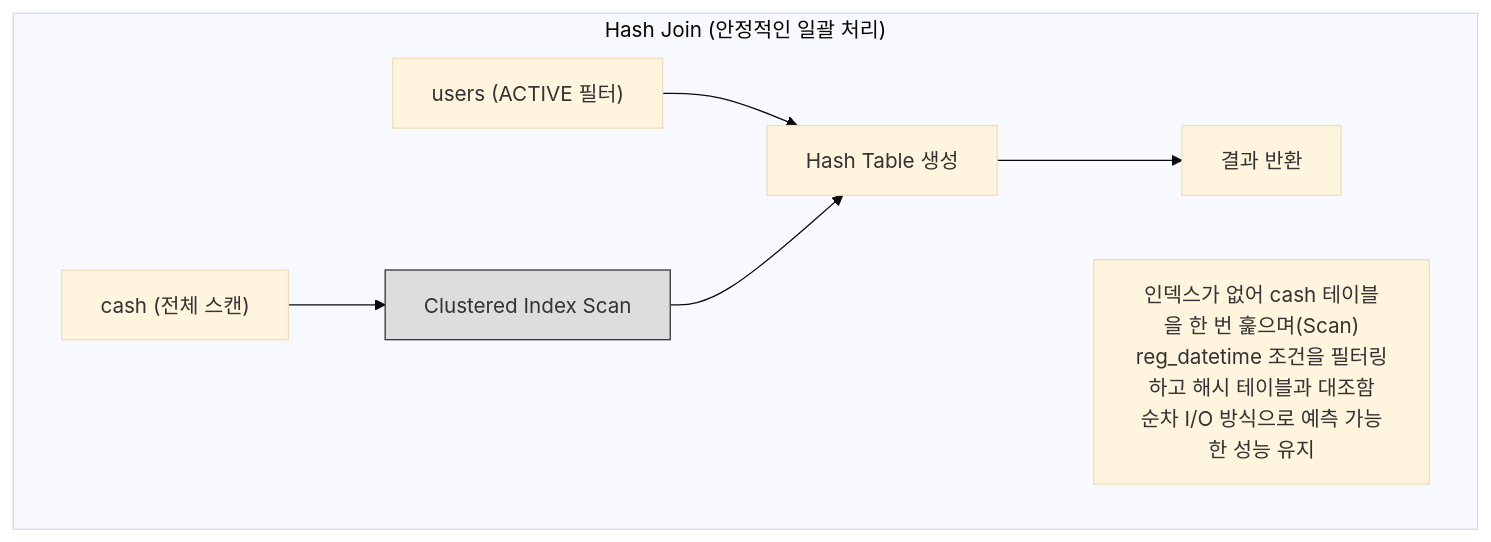
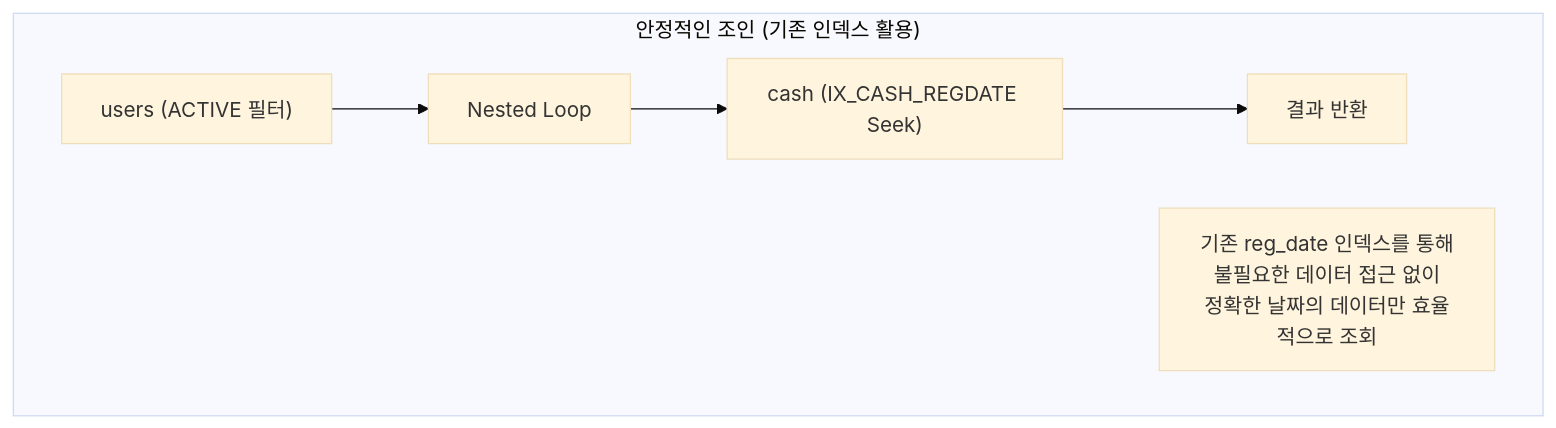
One commit to muzzaiwork/candidate changed the first of 3 diagrams in troubleshooting/payletter_index_optimization.md. Above: the diagram before and after it, drawn with Mermaid (base theme). The commit also changed other lines of this file, not shown here.

Commit message:
Clarify index contention and execution plan reversal between reg_date and reg_datetime indexes

````diff
--- a/troubleshooting/payletter_index_optimization.md
+++ b/troubleshooting/payletter_index_optimization.md
@@ -52,13 +56,10 @@
 ```mermaid
 graph TD
-    subgraph "Hash Join (안정적인 일괄 처리)"
-        U["users (ACTIVE 필터)"] --> H["Hash Table 생성"]
-        C["cash (전체 스캔)"] --> S["Clustered Index Scan"]
-        S --> H
-        H --> R["결과 반환"]
+    subgraph "안정적인 조인 (기존 인덱스 활용)"
+        U["users (ACTIVE 필터)"] --> NL["Nested Loop"]
+        NL --> C["cash (IX_CASH_REGDATE Seek)"]
+        C --> R["결과 반환"]
         
-        note1["인덱스가 없어 cash 테이블을 한 번 훑으며(Scan)<br/>reg_datetime 조건을 필터링하고 해시 테이블과 대조함<br/>순차 I/O 방식으로 예측 가능한 성능 유지"]
+        note1["기존 reg_date 인덱스를 통해<br/>불필요한 데이터 접근 없이<br/>정확한 날짜의 데이터만 효율적으로 조회"]
     end
-    
-    style S fill:#ddd,stroke:#333
 ```
````
